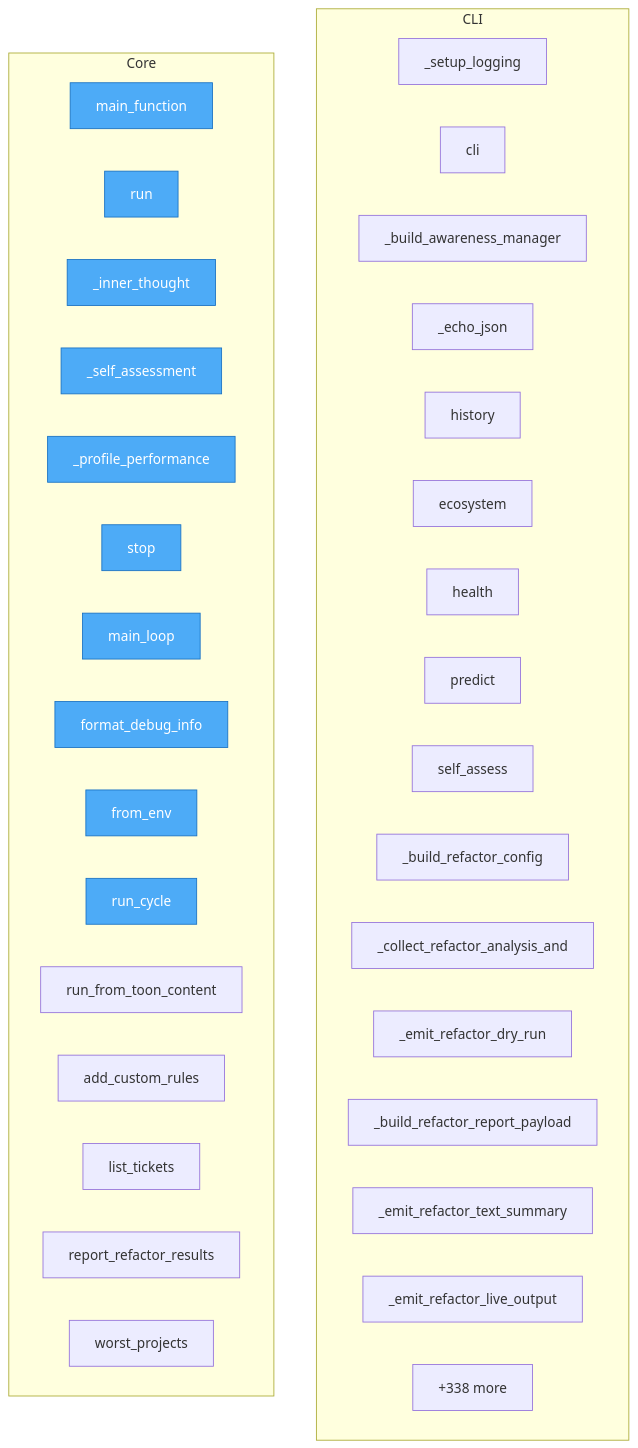
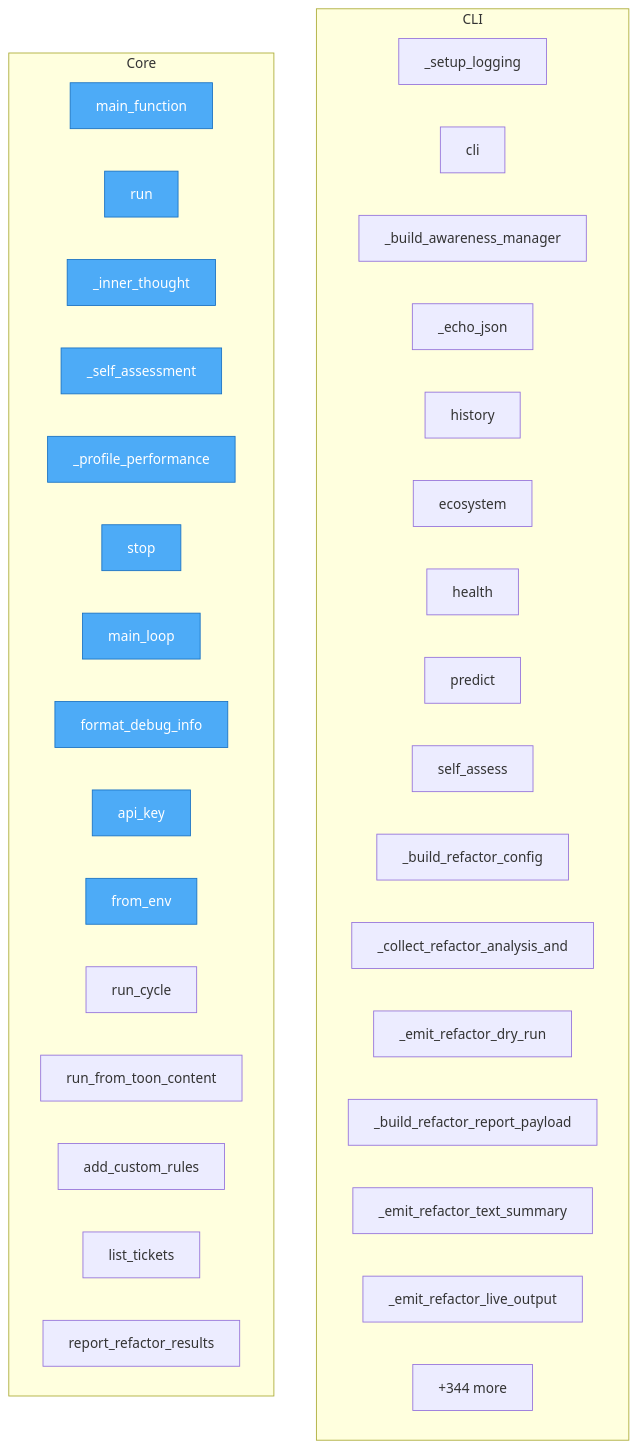
The diagram in project/flow.mmd (semcod/redsl), drawn with Mermaid before and after one commit. The commit also changed 31 other files, not shown here.

```diff
--- a/project/flow.mmd
+++ b/project/flow.mmd
@@ -1,44 +1,44 @@
 flowchart TD
 
     %% Entry points (blue)
     classDef entry fill:#4dabf7,stroke:#1971c2,color:#fff
 
     subgraph CLI
         redsl__cli___setup_logging["_setup_logging"]
         redsl__cli__cli["cli"]
         redsl__cli___build_awareness_manager["_build_awareness_manager"]
         redsl__cli___echo_json["_echo_json"]
         redsl__cli__history["history"]
         redsl__cli__ecosystem["ecosystem"]
         redsl__cli__health["health"]
         redsl__cli__predict["predict"]
         redsl__cli__self_assess["self_assess"]
         redsl__cli___build_refactor_config["_build_refactor_config"]
         redsl__cli___collect_refactor_analysis_and_decisions["_collect_refactor_analysis_and"]
         redsl__cli___emit_refactor_dry_run["_emit_refactor_dry_run"]
         redsl__cli___build_refactor_report_payload["_build_refactor_report_payload"]
         redsl__cli___emit_refactor_text_summary["_emit_refactor_text_summary"]
         redsl__cli___emit_refactor_live_output["_emit_refactor_live_output"]
         ...["+13 more"]
     end
 
     subgraph Core
         refactor_output__refactor_extract_functions_20260407_143102__00_app__models__main_function["main_function"]
         redsl__consciousness_loop__ConsciousnessLoop__run["run"]
         redsl__consciousness_loop__ConsciousnessLoop___inner_thought["_inner_thought"]
         redsl__consciousness_loop__ConsciousnessLoop___self_assessment["_self_assessment"]
         redsl__consciousness_loop__ConsciousnessLoop___profile_performance["_profile_performance"]
         redsl__consciousness_loop__ConsciousnessLoop__stop["stop"]
         redsl__consciousness_loop__main_loop["main_loop"]
         redsl__formatters__format_debug_info["format_debug_info"]
+        redsl__config__LLMConfig__api_key["api_key"]
         redsl__config__AgentConfig__from_env["from_env"]
         redsl__orchestrator__RefactorOrchestrator__run_cycle["run_cycle"]
         redsl__orchestrator__RefactorOrchestrator__run_from_toon_content["run_from_toon_content"]
         redsl__orchestrator__RefactorOrchestrator__add_custom_rules["add_custom_rules"]
         redsl__commands__planfile_bridge__list_tickets["list_tickets"]
         redsl__commands__planfile_bridge__report_refactor_results["report_refactor_results"]
-        redsl__commands__multi_project__MultiProjectReport__worst_projects["worst_projects"]
-        ...["+338 more"]
+        ...["+344 more"]
     end
 
-    class refactor_output__refactor_extract_functions_20260407_143102__00_app__models__main_function,redsl__consciousness_loop__ConsciousnessLoop__run,redsl__consciousness_loop__ConsciousnessLoop___inner_thought,redsl__consciousness_loop__ConsciousnessLoop___self_assessment,redsl__consciousness_loop__ConsciousnessLoop___profile_performance,redsl__consciousness_loop__ConsciousnessLoop__stop,redsl__consciousness_loop__main_loop,redsl__formatters__format_debug_info,redsl__config__AgentConfig__from_env,redsl__orchestrator__RefactorOrchestrator__run_cycle entry
+    class refactor_output__refactor_extract_functions_20260407_143102__00_app__models__main_function,redsl__consciousness_loop__ConsciousnessLoop__run,redsl__consciousness_loop__ConsciousnessLoop___inner_thought,redsl__consciousness_loop__ConsciousnessLoop___self_assessment,redsl__consciousness_loop__ConsciousnessLoop___profile_performance,redsl__consciousness_loop__ConsciousnessLoop__stop,redsl__consciousness_loop__main_loop,redsl__formatters__format_debug_info,redsl__config__LLMConfig__api_key,redsl__config__AgentConfig__from_env entry
```
